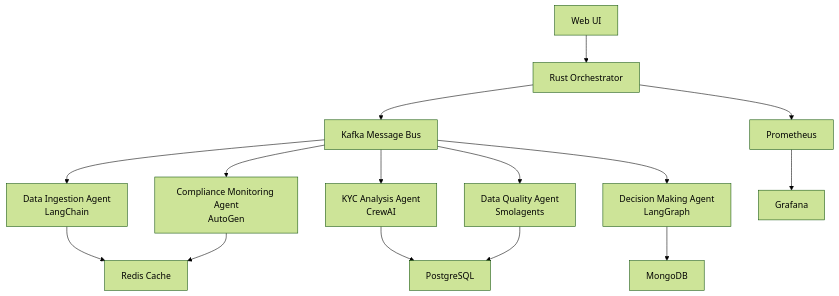
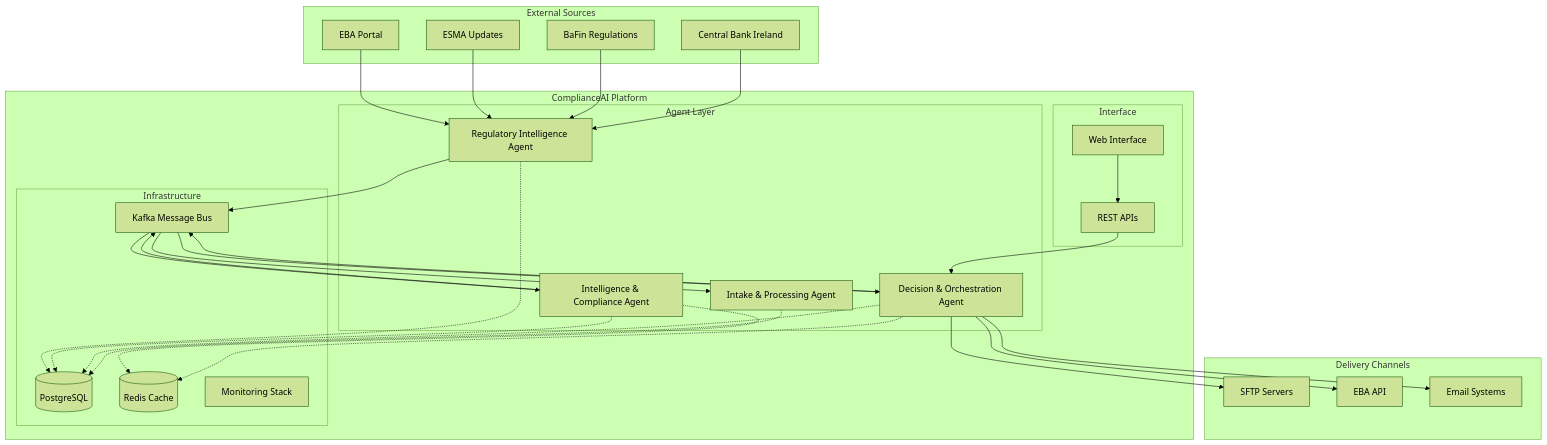
One commit to gaigenticai/ComplianceAI changed the diagram in README.md. Above: the diagram before and after it, drawn with Mermaid (forest theme). The commit also changed other lines of this file and 131 other files, not shown here.

````diff
--- a/README.md
+++ b/README.md
@@ -38,20 +41,63 @@
 ```mermaid
 graph TB
-    UI[Web UI] --> ORCH[Rust Orchestrator]
-    ORCH --> KAFKA[Kafka Message Bus]
-    
-    KAFKA --> DI[Data Ingestion Agent<br/>LangChain]
-    KAFKA --> KYC[KYC Analysis Agent<br/>CrewAI]
-    KAFKA --> DM[Decision Making Agent<br/>LangGraph]
-    KAFKA --> CM[Compliance Monitoring Agent<br/>AutoGen]
-    KAFKA --> DQ[Data Quality Agent<br/>Smolagents]
-    
-    DI --> REDIS[Redis Cache]
-    KYC --> POSTGRES[PostgreSQL]
-    DM --> MONGO[MongoDB]
-    CM --> REDIS
-    DQ --> POSTGRES
-    
-    ORCH --> PROMETHEUS[Prometheus]
-    PROMETHEUS --> GRAFANA[Grafana]
+    subgraph "External Sources"
+        EBA[EBA Portal]
+        ESMA[ESMA Updates]
+        BaFin[BaFin Regulations]
+        CBI[Central Bank Ireland]
+    end
+
+    subgraph "ComplianceAI Platform"
+        subgraph "Agent Layer"
+            RI[Regulatory Intelligence Agent]
+            IC[Intelligence & Compliance Agent]
+            DO[Decision & Orchestration Agent]
+            IP[Intake & Processing Agent]
+        end
+
+        subgraph "Infrastructure"
+            K[Kafka Message Bus]
+            PG[(PostgreSQL)]
+            R[(Redis Cache)]
+            M[Monitoring Stack]
+        end
+
+        subgraph "Interface"
+            WI[Web Interface]
+            API[REST APIs]
+        end
+    end
+
+    subgraph "Delivery Channels"
+        SFTP[SFTP Servers]
+        EBA_API[EBA API]
+        EMAIL[Email Systems]
+    end
+
+    EBA --> RI
+    ESMA --> RI
+    BaFin --> RI
+    CBI --> RI
+
+    RI --> K
+    K --> IC
+    IC --> K
+    K --> DO
+    DO --> K
+    K --> IP
+
+    RI -.-> PG
+    IC -.-> PG
+    DO -.-> PG
+    IP -.-> PG
+
+    IC -.-> R
+    DO -.-> R
+
+    WI --> API
+    API --> DO
+
+    DO --> SFTP
+    DO --> EBA_API
+    DO --> EMAIL
 ```
````
